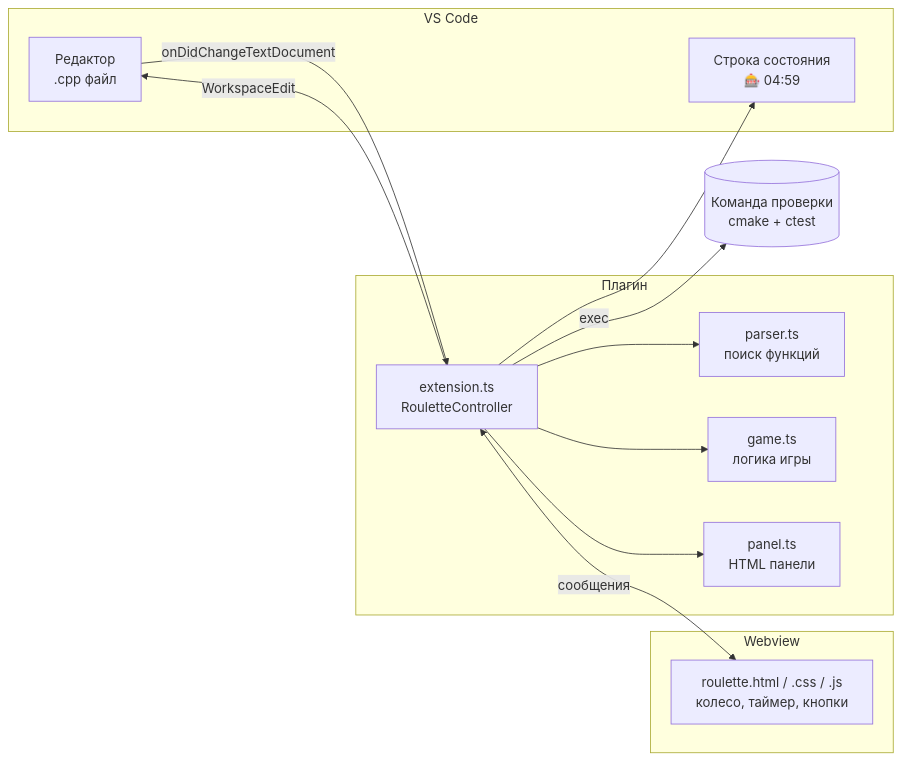
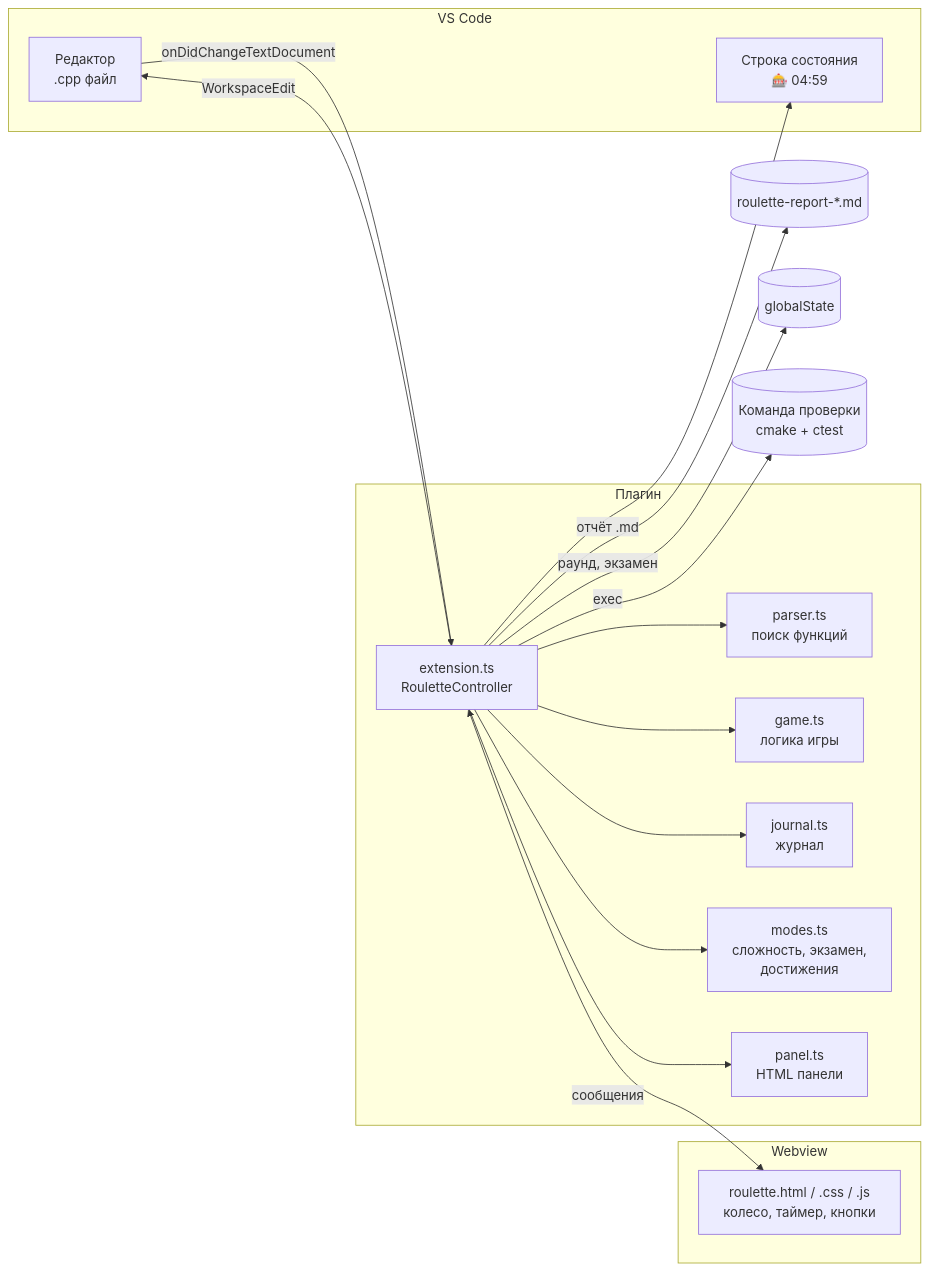
One commit to nekikos/code-roulette changed the first of 5 diagrams in DOCS.md. Above: the diagram before and after it, drawn with Mermaid. The commit also changed other lines of this file and 10 other files, not shown here.

First line of the commit message:
Code Roulette 0.2.0: экзамен, журнал, сложность, подсказки, достижения

````diff
--- a/DOCS.md
+++ b/DOCS.md
@@ -36,24 +40,30 @@
 ```mermaid
 flowchart LR
     subgraph VS Code
         Editor[Редактор<br/>.cpp файл]
         Status[Строка состояния<br/>🎰 04:59]
     end
     subgraph Плагин
         Ext[extension.ts<br/>RouletteController]
         Parser[parser.ts<br/>поиск функций]
         Game[game.ts<br/>логика игры]
+        Journal[journal.ts<br/>журнал]
+        Modes[modes.ts<br/>сложность, экзамен,<br/>достижения]
         Panel[panel.ts<br/>HTML панели]
     end
     subgraph Webview
         UI[roulette.html / .css / .js<br/>колесо, таймер, кнопки]
     end
     Ext --> Parser
     Ext --> Game
+    Ext --> Journal
+    Ext --> Modes
+    Ext -- отчёт .md --> Report[(roulette-report-*.md)]
+    Ext -- раунд, экзамен --> Store[(globalState)]
     Ext --> Panel
     Ext <-- сообщения --> UI
     Ext -- WorkspaceEdit --> Editor
     Editor -- onDidChangeTextDocument --> Ext
     Ext --> Status
     Ext -- exec --> Check[(Команда проверки<br/>cmake + ctest)]
 ```
````
